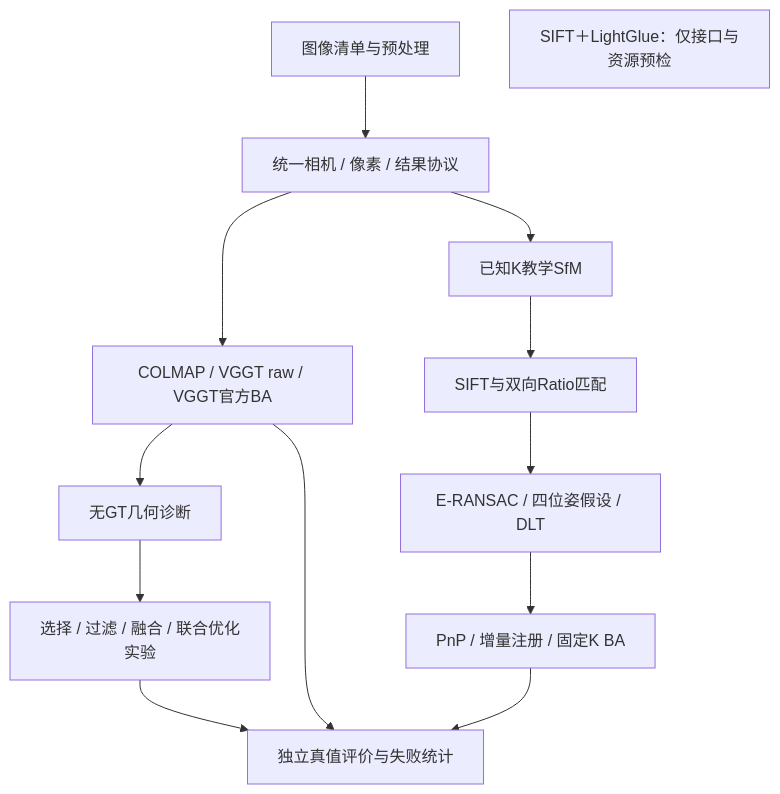
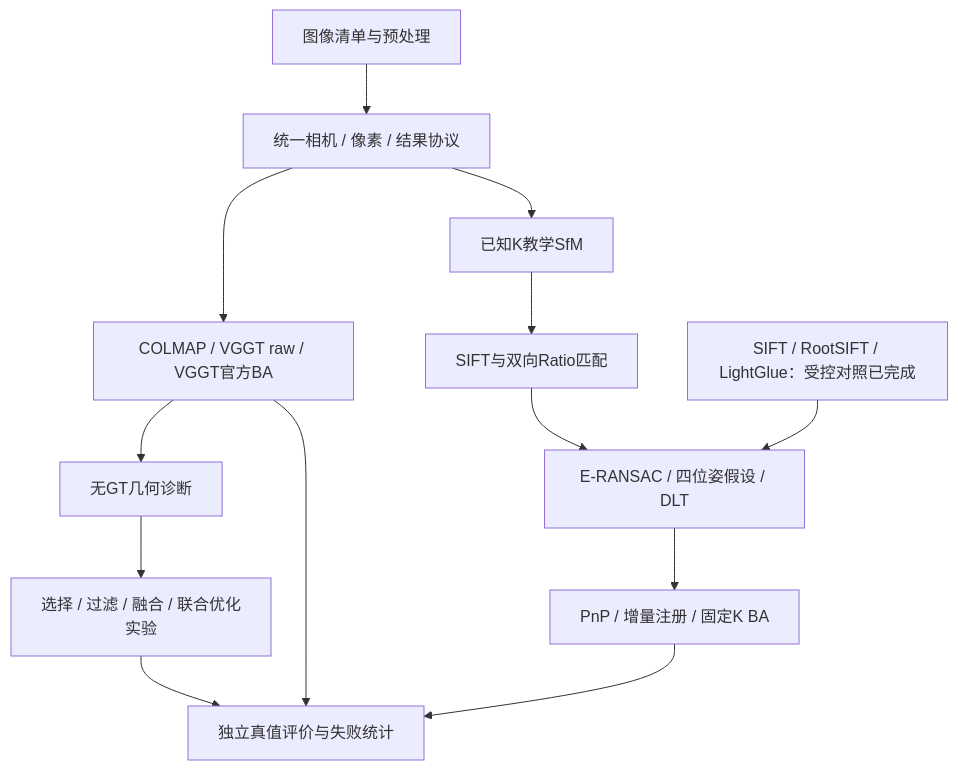
Before and after one commit to zchming/GeoRecon-Fusion: the diagram in README.md, drawn with Mermaid. The commit also changed other lines of this file and 11 other files, not shown here.

````diff
--- a/README.md
+++ b/README.md
@@ -11,15 +11,15 @@
 ```mermaid
 flowchart TD
     I[图像清单与预处理] --> P[统一相机 / 像素 / 结果协议]
     P --> B[COLMAP / VGGT raw / VGGT官方BA]
     P --> T[已知K教学SfM]
     T --> M[SIFT与双向Ratio匹配]
     M --> E[E-RANSAC / 四位姿假设 / DLT]
     E --> R[PnP / 增量注册 / 固定K BA]
     B --> D[无GT几何诊断]
     D --> F[选择 / 过滤 / 融合 / 联合优化实验]
     B --> V[独立真值评价与失败统计]
     R --> V
     F --> V
-    L[SIFT＋LightGlue：仅接口与资源预检]
+    L[SIFT / RootSIFT / LightGlue：受控对照已完成] --> E
 ```
````
